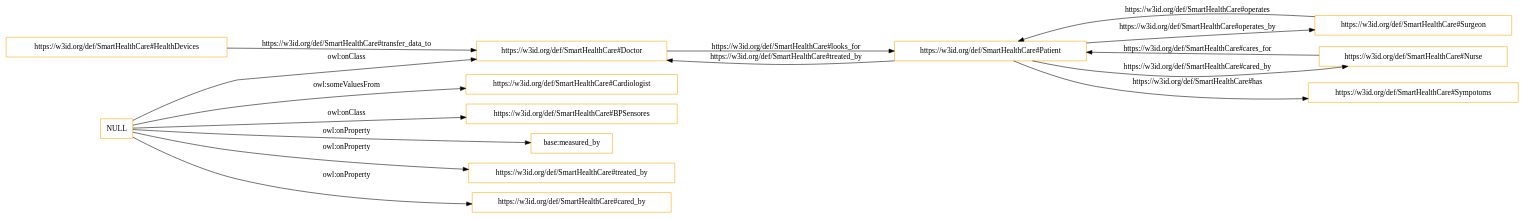
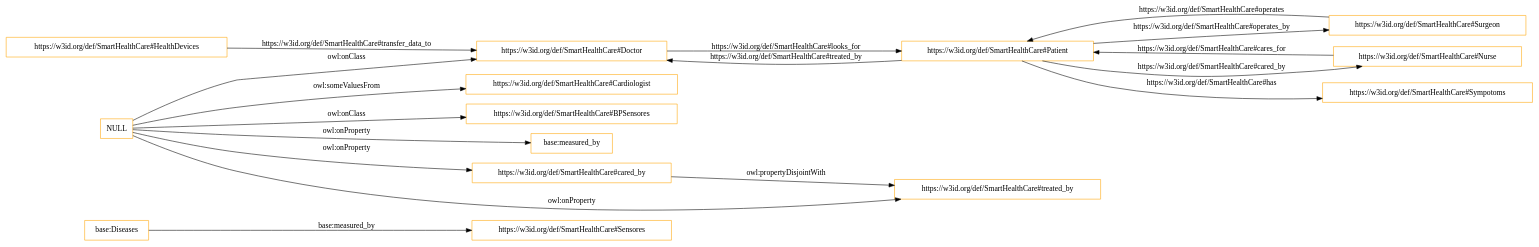
Before and after one commit to tiwari2019/myrepo: the diagram in OnToology/Healthcare.owl/diagrams/ar2dtool-class/Healthcare.owl.png.dot, drawn with Graphviz. The commit also changed 9 other files, not shown here.

```diff
--- a/OnToology/Healthcare.owl/diagrams/ar2dtool-class/Healthcare.owl.png.dot
+++ b/OnToology/Healthcare.owl/diagrams/ar2dtool-class/Healthcare.owl.png.dot
@@ -1,20 +1,22 @@
 digraph ar2dtool_diagram { 
 rankdir=LR;
 size="1501"
-node [shape = rectangle, color="orange"]; "https://w3id.org/def/SmartHealthCare#Cardiologist" "https://w3id.org/def/SmartHealthCare#BPSensores" "https://w3id.org/def/SmartHealthCare#HealthDevices" "https://w3id.org/def/SmartHealthCare#Surgeon" "https://w3id.org/def/SmartHealthCare#Doctor" "https://w3id.org/def/SmartHealthCare#Nurse" "https://w3id.org/def/SmartHealthCare#Sympotoms" "https://w3id.org/def/SmartHealthCare#Patient" ; /*classes style*/
+node [shape = rectangle, color="orange"]; "base:Diseases" "https://w3id.org/def/SmartHealthCare#Cardiologist" "https://w3id.org/def/SmartHealthCare#BPSensores" "https://w3id.org/def/SmartHealthCare#HealthDevices" "https://w3id.org/def/SmartHealthCare#Surgeon" "https://w3id.org/def/SmartHealthCare#Doctor" "https://w3id.org/def/SmartHealthCare#Nurse" "https://w3id.org/def/SmartHealthCare#Sympotoms" "https://w3id.org/def/SmartHealthCare#Sensores" "https://w3id.org/def/SmartHealthCare#Patient" ; /*classes style*/
+	"https://w3id.org/def/SmartHealthCare#cared_by" -> "https://w3id.org/def/SmartHealthCare#treated_by" [ label = "owl:propertyDisjointWith" ];
+	"NULL" -> "https://w3id.org/def/SmartHealthCare#BPSensores" [ label = "owl:onClass" ];
+	"NULL" -> "base:measured_by" [ label = "owl:onProperty" ];
 	"NULL" -> "https://w3id.org/def/SmartHealthCare#Cardiologist" [ label = "owl:someValuesFrom" ];
 	"NULL" -> "https://w3id.org/def/SmartHealthCare#treated_by" [ label = "owl:onProperty" ];
 	"NULL" -> "https://w3id.org/def/SmartHealthCare#Doctor" [ label = "owl:onClass" ];
 	"NULL" -> "https://w3id.org/def/SmartHealthCare#cared_by" [ label = "owl:onProperty" ];
-	"NULL" -> "https://w3id.org/def/SmartHealthCare#BPSensores" [ label = "owl:onClass" ];
-	"NULL" -> "base:measured_by" [ label = "owl:onProperty" ];
 	"https://w3id.org/def/SmartHealthCare#HealthDevices" -> "https://w3id.org/def/SmartHealthCare#Doctor" [ label = "https://w3id.org/def/SmartHealthCare#transfer_data_to" ];
 	"https://w3id.org/def/SmartHealthCare#Doctor" -> "https://w3id.org/def/SmartHealthCare#Patient" [ label = "https://w3id.org/def/SmartHealthCare#looks_for" ];
 	"https://w3id.org/def/SmartHealthCare#Patient" -> "https://w3id.org/def/SmartHealthCare#Doctor" [ label = "https://w3id.org/def/SmartHealthCare#treated_by" ];
+	"base:Diseases" -> "https://w3id.org/def/SmartHealthCare#Sensores" [ label = "base:measured_by" ];
 	"https://w3id.org/def/SmartHealthCare#Patient" -> "https://w3id.org/def/SmartHealthCare#Surgeon" [ label = "https://w3id.org/def/SmartHealthCare#operates_by" ];
 	"https://w3id.org/def/SmartHealthCare#Patient" -> "https://w3id.org/def/SmartHealthCare#Sympotoms" [ label = "https://w3id.org/def/SmartHealthCare#has" ];
 	"https://w3id.org/def/SmartHealthCare#Patient" -> "https://w3id.org/def/SmartHealthCare#Nurse" [ label = "https://w3id.org/def/SmartHealthCare#cared_by" ];
 	"https://w3id.org/def/SmartHealthCare#Surgeon" -> "https://w3id.org/def/SmartHealthCare#Patient" [ label = "https://w3id.org/def/SmartHealthCare#operates" ];
 	"https://w3id.org/def/SmartHealthCare#Nurse" -> "https://w3id.org/def/SmartHealthCare#Patient" [ label = "https://w3id.org/def/SmartHealthCare#cares_for" ];
 
 }
```
